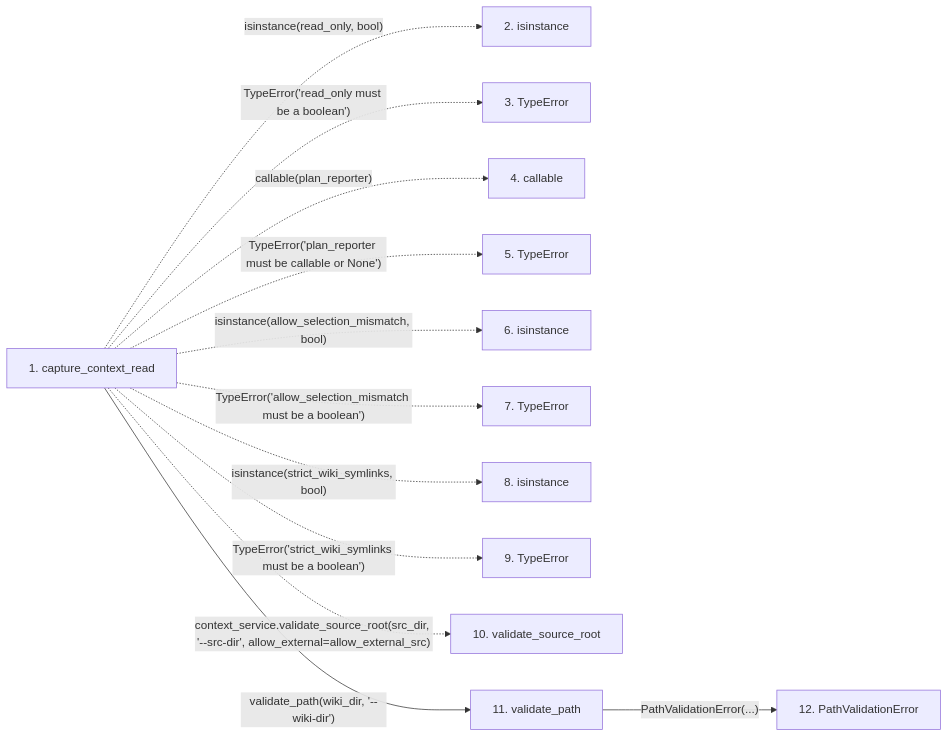
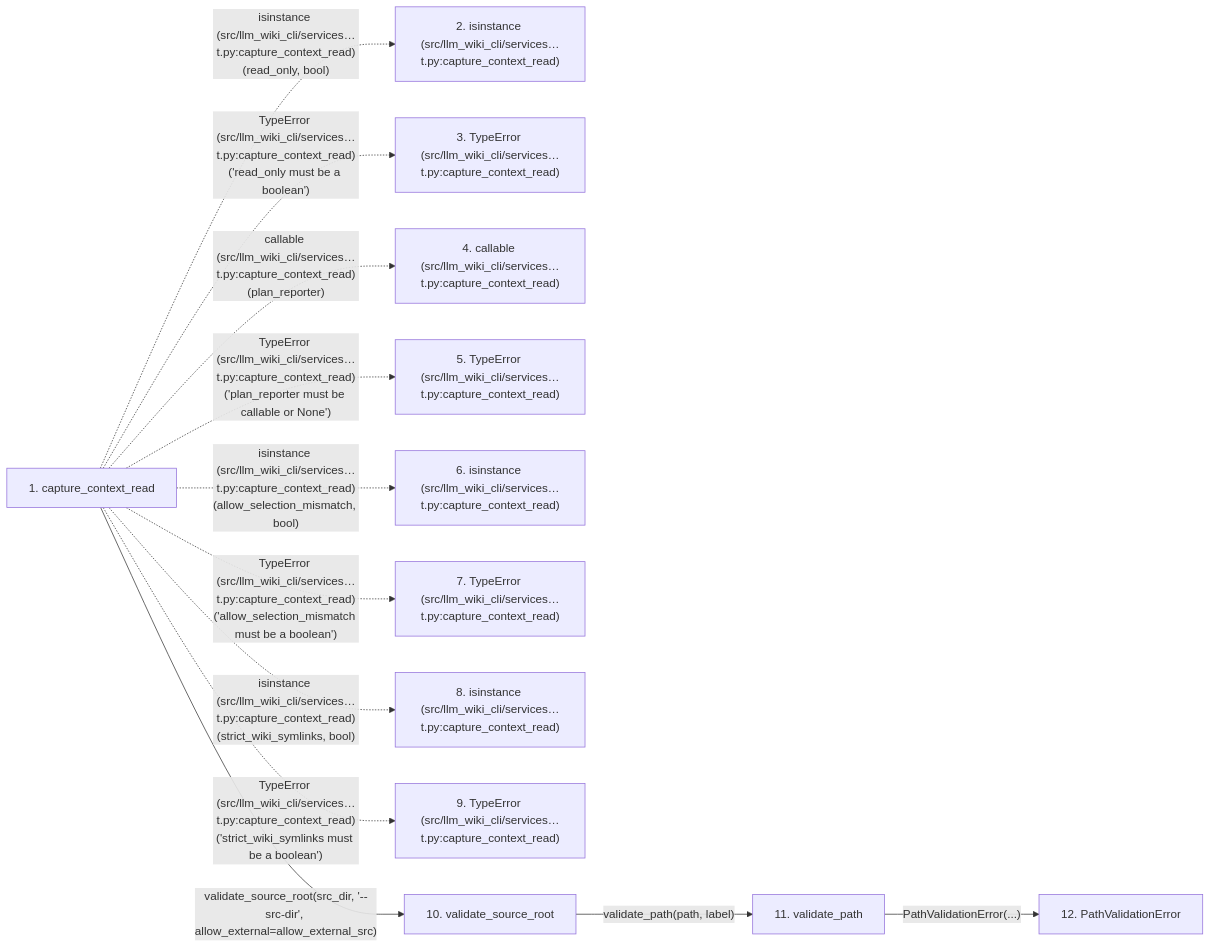
One commit to Denissvgn/python-wiki-llm changed the second of 2 diagrams in docs/llm_wiki/flows/api-capture_context_read.md. Above: the diagram before and after it, drawn with Mermaid. The commit also changed other lines of this file and 719 other files, not shown here.

````diff
--- a/docs/llm_wiki/flows/api-capture_context_read.md
+++ b/docs/llm_wiki/flows/api-capture_context_read.md
@@ -88,29 +126,30 @@
 ```mermaid
 flowchart LR
     s1["1. capture_context_read"]
-    s2["2. isinstance"]
-    s3["3. TypeError"]
-    s4["4. callable"]
-    s5["5. TypeError"]
-    s6["6. isinstance"]
-    s7["7. TypeError"]
-    s8["8. isinstance"]
-    s9["9. TypeError"]
+    s2["2. isinstance (src/llm_wiki_cli/services…t.py:capture_context_read)"]
+    s3["3. TypeError (src/llm_wiki_cli/services…t.py:capture_context_read)"]
+    s4["4. callable (src/llm_wiki_cli/services…t.py:capture_context_read)"]
+    s5["5. TypeError (src/llm_wiki_cli/services…t.py:capture_context_read)"]
+    s6["6. isinstance (src/llm_wiki_cli/services…t.py:capture_context_read)"]
+    s7["7. TypeError (src/llm_wiki_cli/services…t.py:capture_context_read)"]
+    s8["8. isinstance (src/llm_wiki_cli/services…t.py:capture_context_read)"]
+    s9["9. TypeError (src/llm_wiki_cli/services…t.py:capture_context_read)"]
     s10["10. validate_source_root"]
     s11["11. validate_path"]
     s12["12. PathValidationError"]
-    s1 -. "isinstance(read_only, bool)" .-> s2
-    s1 -. "TypeError('read_only must be a boolean')" .-> s3
-    s1 -. "callable(plan_reporter)" .-> s4
-    s1 -. "TypeError('plan_reporter must be callable or None')" .-> s5
-    s1 -. "isinstance(allow_selection_mismatch, bool)" .-> s6
-    s1 -. "TypeError('allow_selection_mismatch must be a boolean')" .-> s7
-    s1 -. "isinstance(strict_wiki_symlinks, bool)" .-> s8
-    s1 -. "TypeError('strict_wiki_symlinks must be a boolean')" .-> s9
-    s1 -. "context_service.validate_source_root(src_dir, '--src-dir', allow_external=allow_external_src)" .-> s10
-    s1 -->|"validate_path(wiki_dir, '--wiki-dir')"| s11
+    s1 -. "isinstance (src/llm_wiki_cli/services…t.py:capture_context_read)(read_only, bool)" .-> s2
+    s1 -. "TypeError (src/llm_wiki_cli/services…t.py:capture_context_read)('read_only must be a boolean')" .-> s3
+    s1 -. "callable (src/llm_wiki_cli/services…t.py:capture_context_read)(plan_reporter)" .-> s4
+    s1 -. "TypeError (src/llm_wiki_cli/services…t.py:capture_context_read)('plan_reporter must be callable or None')" .-> s5
+    s1 -. "isinstance (src/llm_wiki_cli/services…t.py:capture_context_read)(allow_selection_mismatch, bool)" .-> s6
+    s1 -. "TypeError (src/llm_wiki_cli/services…t.py:capture_context_read)('allow_selection_mismatch must be a boolean')" .-> s7
+    s1 -. "isinstance (src/llm_wiki_cli/services…t.py:capture_context_read)(strict_wiki_symlinks, bool)" .-> s8
+    s1 -. "TypeError (src/llm_wiki_cli/services…t.py:capture_context_read)('strict_wiki_symlinks must be a boolean')" .-> s9
+    s1 -->|"validate_source_root(src_dir, '--src-dir', allow_external=allow_external_src)"| s10
+    s10 -->|"validate_path(path, label)"| s11
     s11 -->|"PathValidationError(...)"| s12
     click s1 "../modules/context_packet.md"
+    click s10 "../modules/config.md"
     click s11 "../modules/config.md"
     click s12 "../modules/config.md"
 ```
````
